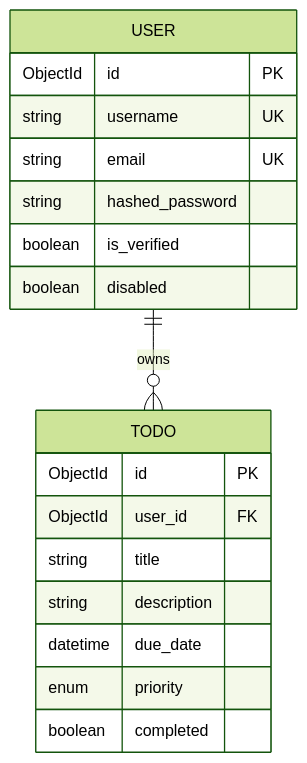
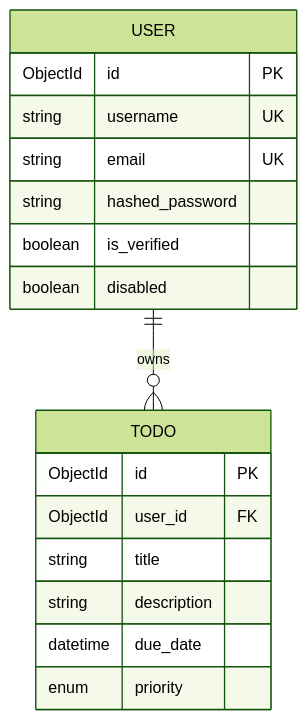
Before and after one commit to sajankp/to-do: the third of 3 diagrams in docs/ARCHITECTURE.md, drawn with Mermaid (forest theme). The commit also changed other lines of this file and 7 other files, not shown here.

````diff
--- a/docs/ARCHITECTURE.md
+++ b/docs/ARCHITECTURE.md
@@ -253,21 +256,20 @@
 ```mermaid
 erDiagram
     USER ||--o{ TODO : "owns"
     USER {
         ObjectId id PK
         string username UK
         string email UK
         string hashed_password
         boolean is_verified
         boolean disabled
     }
     TODO {
         ObjectId id PK
         ObjectId user_id FK
         string title
         string description
         datetime due_date
         enum priority
-        boolean completed
     }
 ```
````
